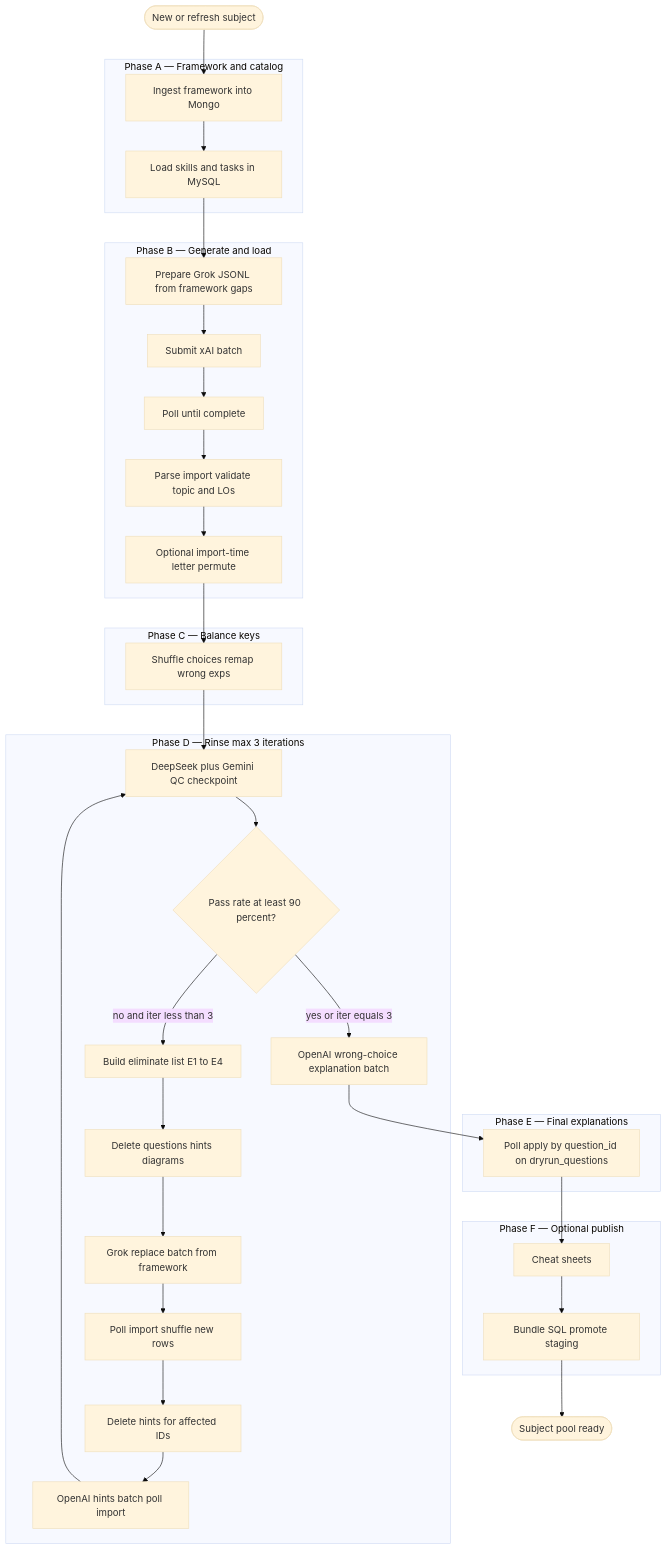
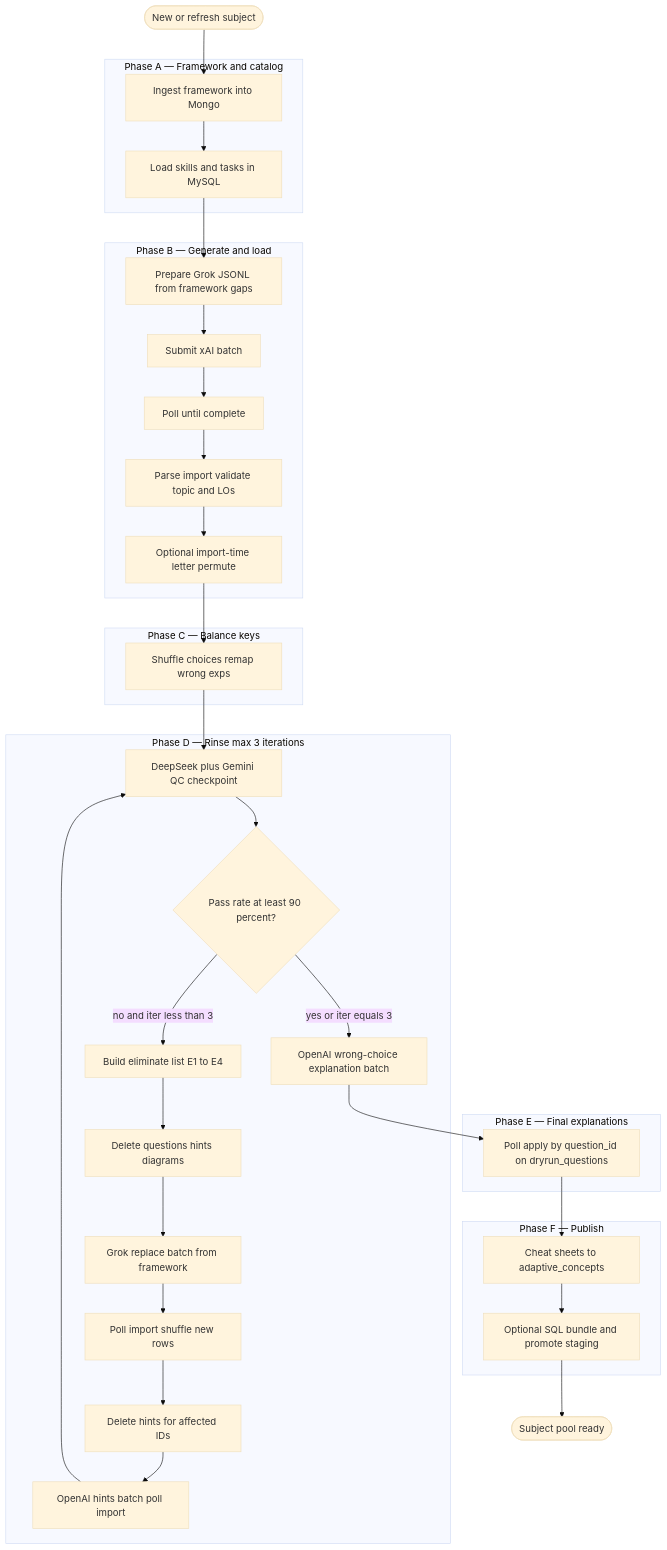
One commit to sarmamydhili/prompt-rag-project changed the second of 4 diagrams in docs/SUBJECT_QUESTION_PIPELINE.md. Above: the diagram before and after it, drawn with Mermaid (base theme). The commit also changed other lines of this file and 2 other files, not shown here.

Commit message:
Document ACT Math cheat sheet load step and add orchestrator phase.

````diff
--- a/docs/SUBJECT_QUESTION_PIPELINE.md
+++ b/docs/SUBJECT_QUESTION_PIPELINE.md
@@ -75,59 +75,59 @@
 ```mermaid
 flowchart TD
   Start([New or refresh subject]) --> F0
 
   subgraph phaseA [Phase A — Framework and catalog]
     F0[Ingest framework into Mongo]
     F1[Load skills and tasks in MySQL]
     F0 --> F1
   end
 
   F1 --> G0
 
   subgraph phaseB [Phase B — Generate and load]
     G0[Prepare Grok JSONL from framework gaps]
     G1[Submit xAI batch]
     G2[Poll until complete]
     G3[Parse import validate topic and LOs]
     G4[Optional import-time letter permute]
     G0 --> G1 --> G2 --> G3 --> G4
   end
 
   G4 --> S0
 
   subgraph phaseC [Phase C — Balance keys]
     S0[Shuffle choices remap wrong exps]
   end
 
   S0 --> R0
 
   subgraph phaseD [Phase D — Rinse max 3 iterations]
     R0[DeepSeek plus Gemini QC checkpoint]
     R1{Pass rate at least 90 percent?}
     R2[Build eliminate list E1 to E4]
     R3[Delete questions hints diagrams]
     R4[Grok replace batch from framework]
     R5[Poll import shuffle new rows]
     R6[Delete hints for affected IDs]
     R7[OpenAI hints batch poll import]
     R0 --> R1
     R1 -->|no and iter less than 3| R2 --> R3 --> R4 --> R5 --> R6 --> R7 --> R0
     R1 -->|yes or iter equals 3| E0
   end
 
   subgraph phaseE [Phase E — Final explanations]
     E0[OpenAI wrong-choice explanation batch]
     E1[Poll apply by question_id on dryrun_questions]
     E0 --> E1
   end
 
   E1 --> P0
 
-  subgraph phaseF [Phase F — Optional publish]
-    P0[Cheat sheets]
-    P1[Bundle SQL promote staging]
+  subgraph phaseF [Phase F — Publish]
+    P0[Cheat sheets to adaptive_concepts]
+    P1[Optional SQL bundle and promote staging]
     P0 --> P1
   end
 
   P1 --> Done([Subject pool ready])
 ```
````
